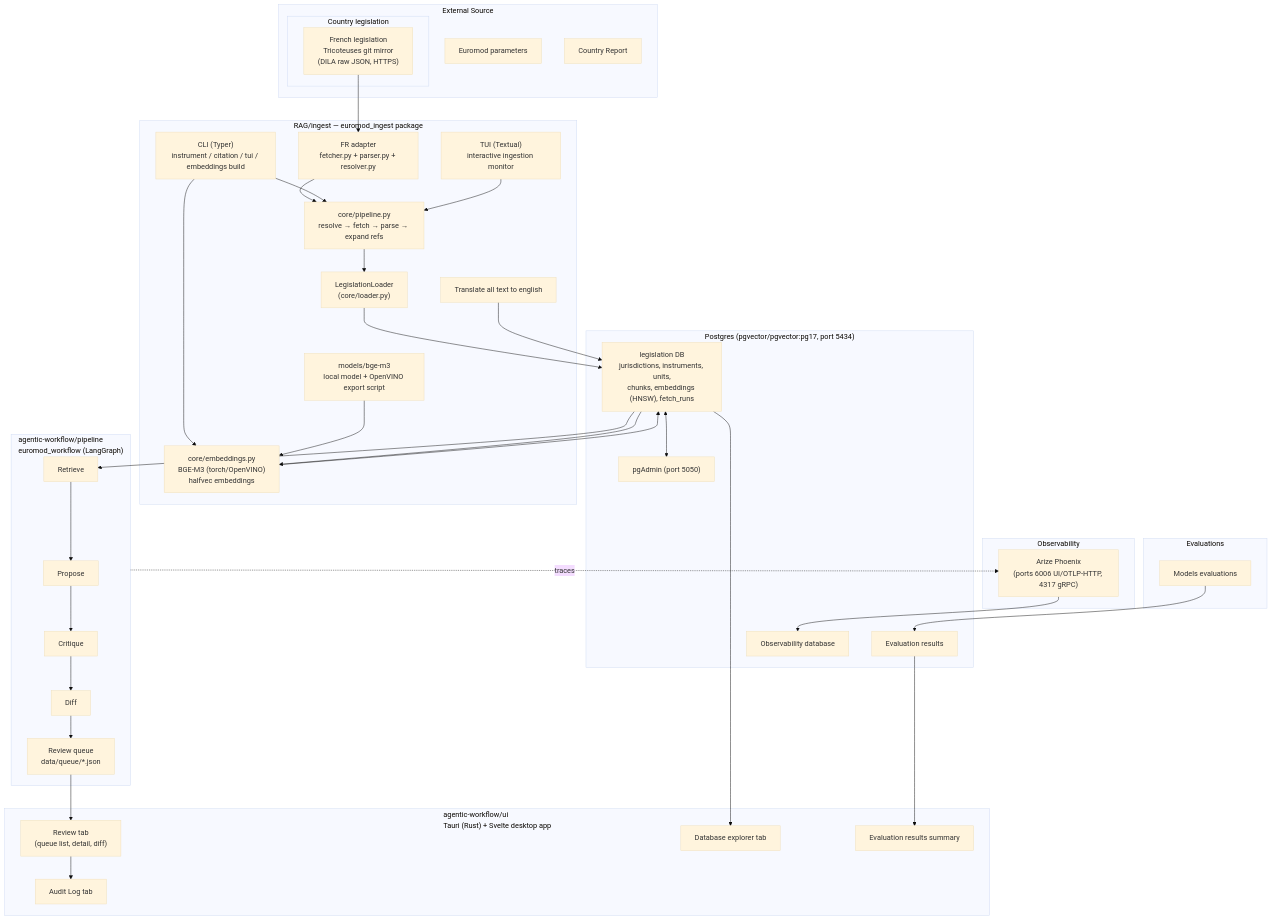
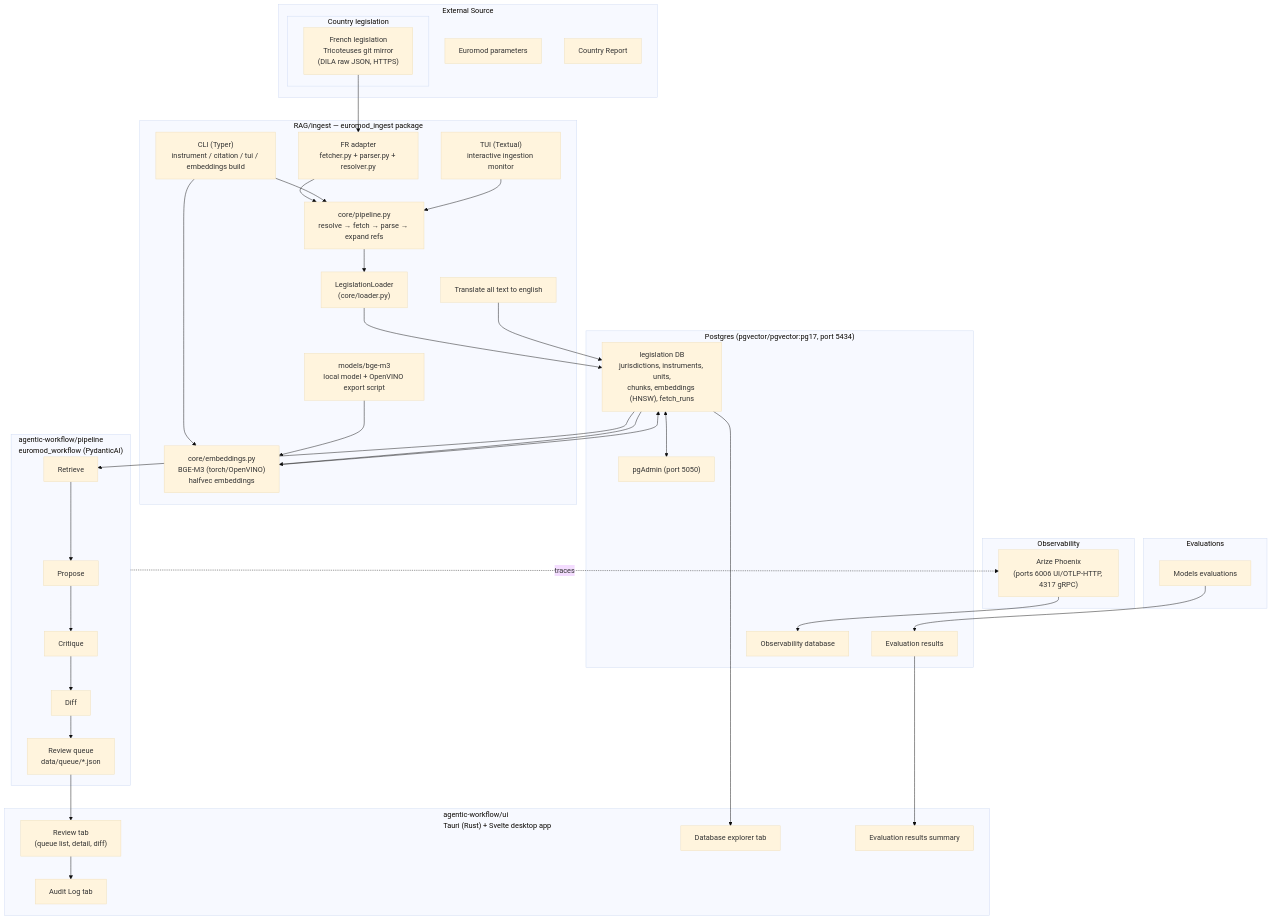
Before and after one commit to benoit-cty/euromod: the diagram in 00_project-overview.md, drawn with Mermaid (base theme). The commit also changed 15 other files, not shown here.

Commit message:
Switch from LangChain to PydanticAI

````diff
--- a/00_project-overview.md
+++ b/00_project-overview.md
@@ -61,67 +61,67 @@
 ```mermaid
 flowchart TD
     subgraph SRC["External Source"]
         subgraph CL["Country legislation"]
             TRI["French legislation\nTricoteuses git mirror\n(DILA raw JSON, HTTPS)"]
         end
         EUROMOD["Euromod parameters"]
         CR["Country Report"]
     end
 
     subgraph INGEST["RAG/ingest — euromod_ingest package"]
         CLI["CLI (Typer)\ninstrument / citation / tui / embeddings build"]
         TUI["TUI (Textual)\ninteractive ingestion monitor"]
         FR["FR adapter\nfetcher.py + parser.py + resolver.py"]
         PIPE["core/pipeline.py\nresolve → fetch → parse → expand refs"]
         LOADER["LegislationLoader\n(core/loader.py)"]
         EMB["core/embeddings.py\nBGE-M3 (torch/OpenVINO)\nhalfvec embeddings"]
         MODELS["models/bge-m3\nlocal model + OpenVINO export script"]
         TRANSLATE["Translate all text to english"]
     end
 
     subgraph DB["Postgres (pgvector/pgvector:pg17, port 5434)"]
         SCHEMA["legislation DB\njurisdictions, instruments, units,\nchunks, embeddings (HNSW), fetch_runs"]
         EVAL["Evaluation results"]
         PGADMIN["pgAdmin (port 5050)"]
         PHOENIX["Observability database"]
     end
 
     subgraph OBS["Observability"]
         PHX["Arize Phoenix\n(ports 6006 UI/OTLP-HTTP, 4317 gRPC)"]
     end
     subgraph EVAL_PIPELINE["Evaluations"]
         EVAL_SCRIPT["Models evaluations"]
     end
 
-    subgraph AGENT["agentic-workflow/pipeline\neuromod_workflow (LangGraph)"]
+    subgraph AGENT["agentic-workflow/pipeline\neuromod_workflow (PydanticAI)"]
         RET["Retrieve"] --> PROP["Propose"] --> CRIT["Critique"] --> DIFF["Diff"]
         QUEUE["Review queue\ndata/queue/*.json"]
         DIFF --> QUEUE
     end
 
     subgraph UI["agentic-workflow/ui\nTauri (Rust) + Svelte desktop app"]
         REVIEW["Review tab\n(queue list, detail, diff)"]
         AUDIT["Audit Log tab"]
         DBEXPLORE["Database explorer tab"]
         EVAL_RESULTS["Evaluation results summary"]
     end
 
     TRI --> FR --> PIPE --> LOADER --> SCHEMA
     CLI --> PIPE
     TUI --> PIPE
     CLI --> EMB
     MODELS --> EMB
     SCHEMA --> EMB --> SCHEMA
     SCHEMA <--> PGADMIN
     SCHEMA --> RET
     AGENT -. traces .-> PHX
     QUEUE --> REVIEW
     SCHEMA --> DBEXPLORE
     REVIEW --> AUDIT
     PHX-->PHOENIX
     TRANSLATE-->SCHEMA
     EVAL-->EVAL_RESULTS
     EVAL_SCRIPT-->EVAL
 
     classDef new stroke-dasharray: 5 5,stroke:#e08800,color:inherit;
 ```
````
